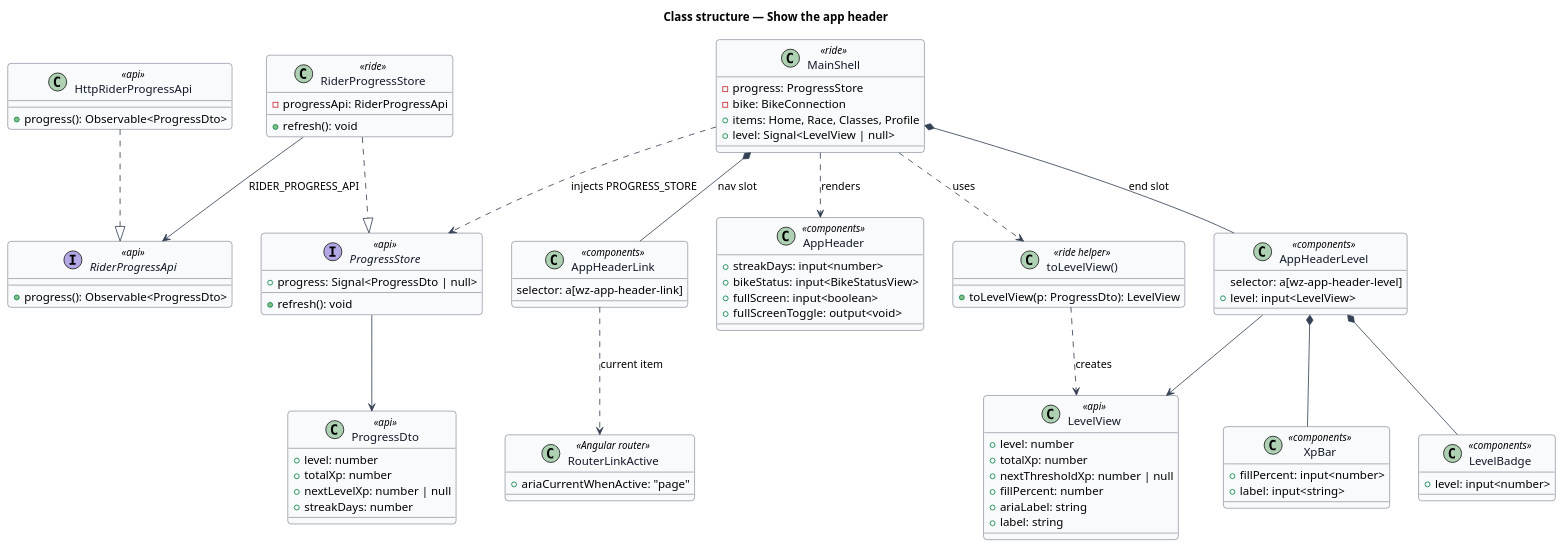
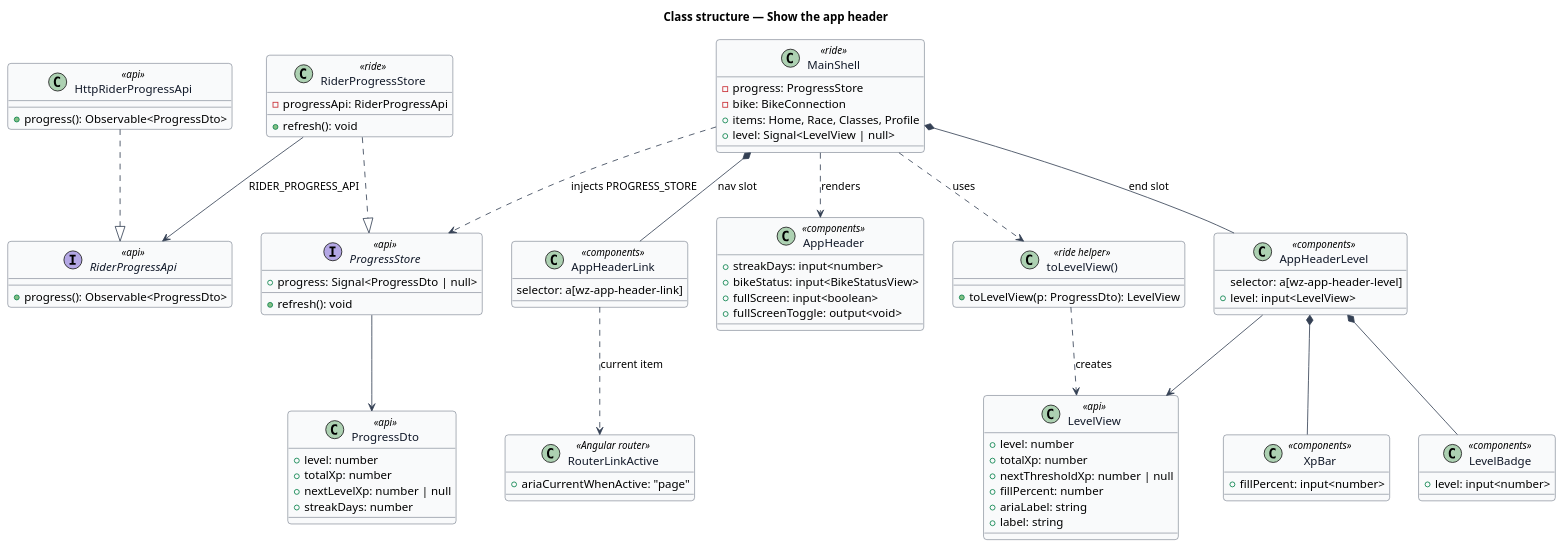
One commit to QuinntyneBrown/ride-one changed the diagram in docs/detailed-designs/home/show-the-app-header/diagrams/class-structure.puml. Above: the diagram before and after it, drawn with PlantUML. The commit also changed 29 other files, not shown here.

```diff
--- a/docs/detailed-designs/home/show-the-app-header/diagrams/class-structure.puml
+++ b/docs/detailed-designs/home/show-the-app-header/diagrams/class-structure.puml
@@ -1,89 +1,88 @@
 @startuml
 ' --- shared skin header ---
 skinparam backgroundColor #FFFFFF
 skinparam shadowing false
 skinparam roundcorner 8
 skinparam defaultFontName Arial
 skinparam ArrowColor #344054
 skinparam class {
   BorderColor #344054
   FontColor #101828
   BackgroundColor #F9FAFB
 }
 ' --------------------------
 title Class structure — Show the app header
 class MainShell <<ride>> {
   -progress: ProgressStore
   -bike: BikeConnection
   +items: Home, Race, Classes, Profile
   +level: Signal<LevelView | null>
 }
 interface ProgressStore <<api>> {
   +progress: Signal<ProgressDto | null>
   +refresh(): void
 }
 class RiderProgressStore <<ride>> {
   -progressApi: RiderProgressApi
   +refresh(): void
 }
 interface RiderProgressApi <<api>> {
   +progress(): Observable<ProgressDto>
 }
 class HttpRiderProgressApi <<api>> {
   +progress(): Observable<ProgressDto>
 }
 class AppHeaderLink <<components>> {
   selector: a[wz-app-header-link]
 }
 class AppHeaderLevel <<components>> {
   selector: a[wz-app-header-level]
   +level: input<LevelView>
 }
 class RouterLinkActive <<Angular router>> {
   +ariaCurrentWhenActive: "page"
 }
 class AppHeader <<components>> {
   +streakDays: input<number>
   +bikeStatus: input<BikeStatusView>
   +fullScreen: input<boolean>
   +fullScreenToggle: output<void>
 }
 class LevelView <<api>> {
   +level: number
   +totalXp: number
   +nextThresholdXp: number | null
   +fillPercent: number
   +ariaLabel: string
   +label: string
 }
 class ProgressDto <<api>> {
   +level: number
   +totalXp: number
   +nextLevelXp: number | null
   +streakDays: number
 }
 class LevelBadge <<components>> {
   +level: input<number>
 }
 class XpBar <<components>> {
   +fillPercent: input<number>
-  +label: input<string>
 }
 class "toLevelView()" as toLevelView <<ride helper>> {
   +toLevelView(p: ProgressDto): LevelView
 }
 MainShell ..> ProgressStore : injects PROGRESS_STORE
 MainShell ..> AppHeader : renders
 MainShell ..> toLevelView : uses
 RiderProgressStore ..|> ProgressStore
 HttpRiderProgressApi ..|> RiderProgressApi
 RiderProgressStore --> RiderProgressApi : RIDER_PROGRESS_API
 ProgressStore --> ProgressDto
 MainShell *-- AppHeaderLink : nav slot
 MainShell *-- AppHeaderLevel : end slot
 AppHeaderLink ..> RouterLinkActive : current item
 AppHeaderLevel *-- LevelBadge
 AppHeaderLevel *-- XpBar
 AppHeaderLevel --> LevelView
 toLevelView ..> LevelView : creates
 @enduml
```
